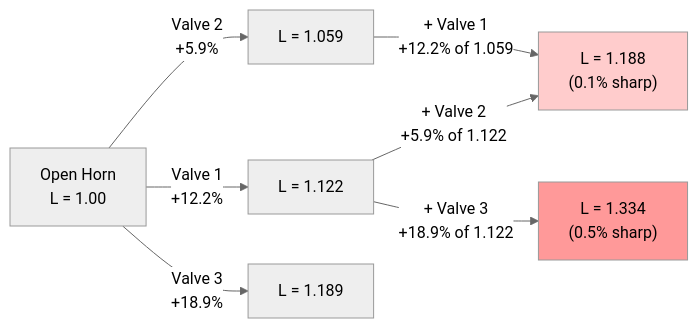
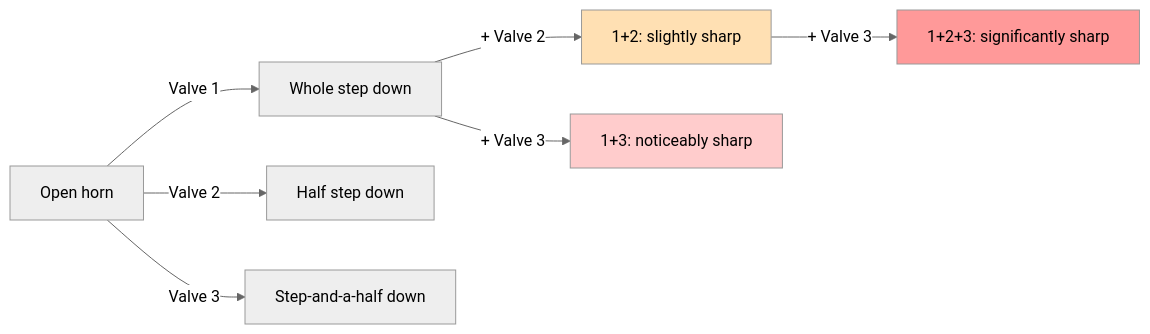
The second of 2 diagrams in topics/arts/music_performance/brass/lesson_01_brass_techniques.md (blebleblee/synapse), drawn with Mermaid (neutral theme) before and after one commit. The commit also changed other lines of this file and 4 other files, not shown here.

````diff
--- a/topics/arts/music_performance/brass/lesson_01_brass_techniques.md
+++ b/topics/arts/music_performance/brass/lesson_01_brass_techniques.md
@@ -174,12 +92,13 @@
 ```mermaid
 graph LR
-    A["Open Horn<br/>L = 1.00"] -->|"Valve 1<br/>+12.2%"| B["L = 1.122"]
-    A -->|"Valve 2<br/>+5.9%"| C["L = 1.059"]
-    A -->|"Valve 3<br/>+18.9%"| D["L = 1.189"]
-    B -->|"+ Valve 2<br/>+5.9% of 1.122"| E["L = 1.188<br/>(0.1% sharp)"]
-    B -->|"+ Valve 3<br/>+18.9% of 1.122"| F["L = 1.334<br/>(0.5% sharp)"]
-    C -->|"+ Valve 1<br/>+12.2% of 1.059"| E
-    
-    style E fill:#ffcccc
-    style F fill:#ff9999
+    A["Open horn"] -->|"Valve 1"| B["Whole step down"]
+    A -->|"Valve 2"| C["Half step down"]
+    A -->|"Valve 3"| D["Step-and-a-half down"]
+    B -->|"+ Valve 2"| E["1+2: slightly sharp"]
+    B -->|"+ Valve 3"| F["1+3: noticeably sharp"]
+    E -->|"+ Valve 3"| G["1+2+3: significantly sharp"]
+
+    style E fill:#ffe0b3
+    style F fill:#ffcccc
+    style G fill:#ff9999
 ```
````
